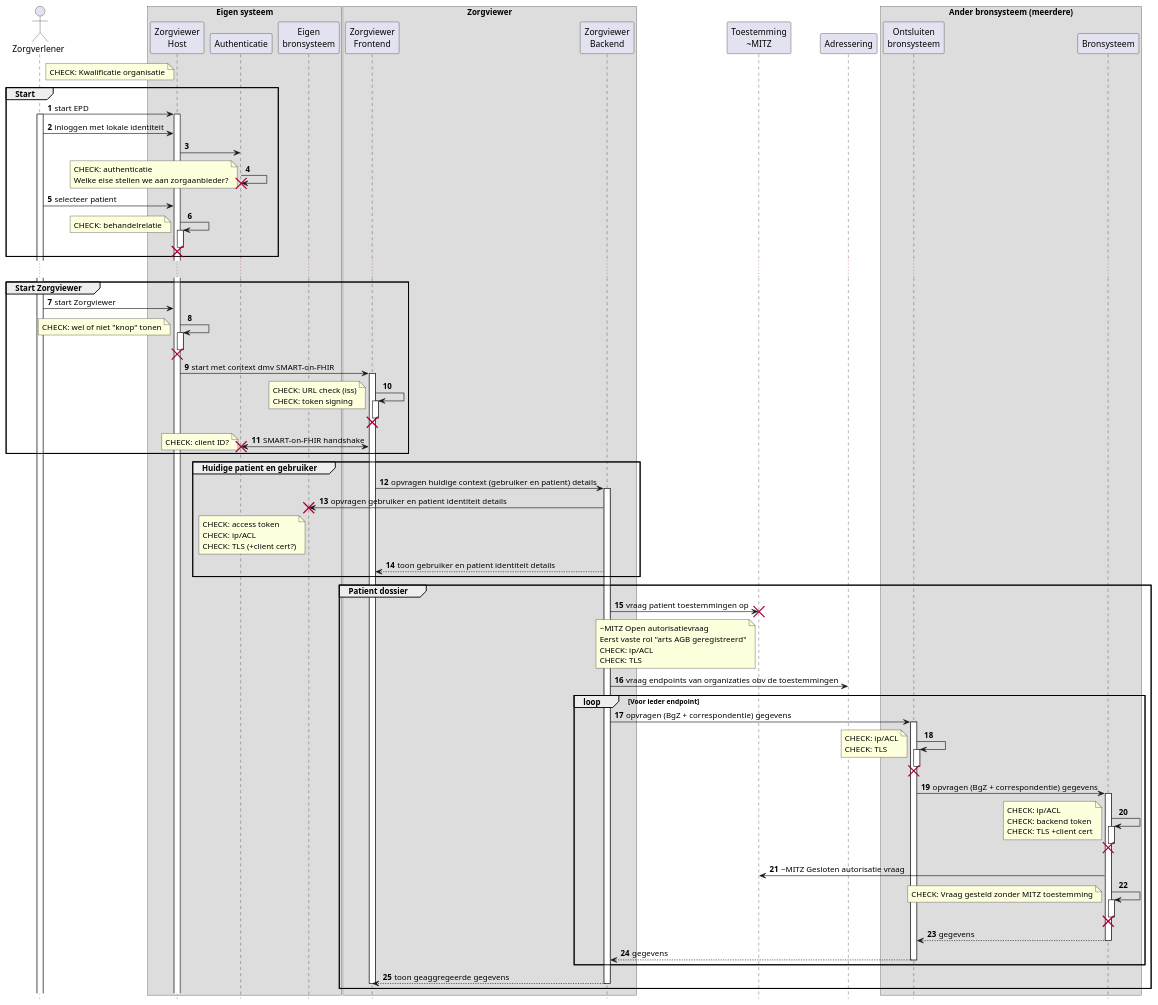
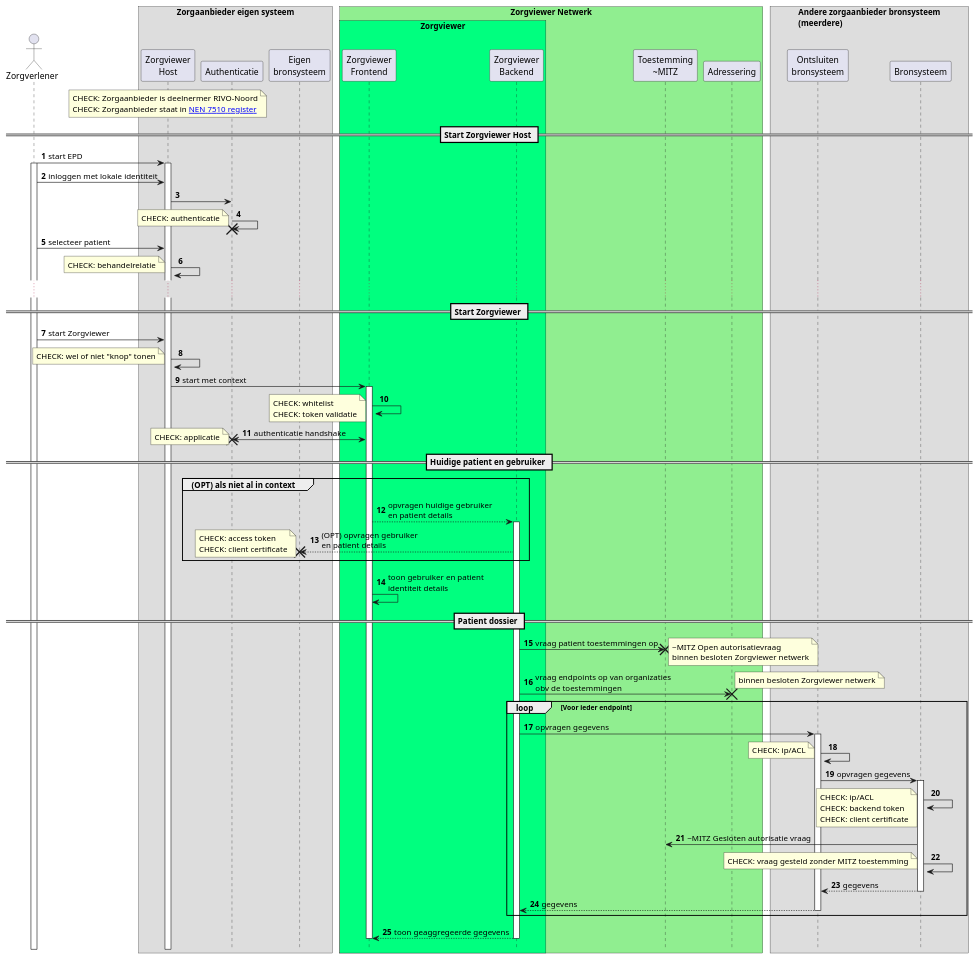
One commit to RIVO-Noord/zorgviewer-ig changed the diagram in input/images-source/Security-Design-seq.plantuml. Above: the diagram before and after it, drawn with PlantUML. The commit also changed 1 other file, not shown here.

Commit message:
Aangepast na gesprek met bouw WG

```diff
--- a/input/images-source/Security-Design-seq.plantuml
+++ b/input/images-source/Security-Design-seq.plantuml
@@ -1,126 +1,134 @@
 @startuml
 hide footbox
 autonumber
 
 actor Zorgverlener
-box "Eigen systeem"
+box "Zorgaanbieder eigen systeem"
   participant "Zorgviewer\nHost" as Host
   participant Authenticatie
   participant "Eigen\nbronsysteem" as EBron
 end box
-box "Zorgviewer"
-  participant "Zorgviewer\nFrontend" as ZVFE
-  participant "Zorgviewer\nBackend" as ZVBE
+
+!pragma teoz true
+box "Zorgviewer Netwerk" #LightGreen
+  box "Zorgviewer" #SpringGreen
+    participant "Zorgviewer\nFrontend" as ZVFE
+    participant "Zorgviewer\nBackend" as ZVBE
+  end box
+  participant "Toestemming\n~MITZ" as Toestemming
+  participant Adressering
 end box
-participant "Toestemming\n~MITZ" as Toestemming
-participant Adressering
-box "Ander bronsysteem (meerdere)"
+
+box "Andere zorgaanbieder bronsysteem\n(meerdere)"
   participant "Ontsluiten\nbronsysteem" as AOBron
   participant "Bronsysteem" as ABron
 end box
 
-note left Host
-  CHECK: Kwalificatie organisatie
+note over Host
+  CHECK: Zorgaanbieder is deelnermer RIVO-Noord
+  CHECK: Zorgaanbieder staat in [[https://www.nen.nl/certificatie-en-keurmerken-nen-7510 NEN 7510 register]]
 end note
 
-group Start
-  Zorgverlener->Host: start EPD
-  activate Zorgverlener
-  activate Host
-  Zorgverlener->Host: inloggen met lokale identiteit
-  Host->Authenticatie
-  Authenticatie->Authenticatie
-  note left
-    CHECK: authenticatie
-    Welke eise stellen we aan zorgaanbieder?
-  end note
-  destroy Authenticatie
-  Zorgverlener->Host: selecteer patient
-  Host->Host++
-  note left
-    CHECK: behandelrelatie
-  end note
-  destroy Host
-end
+== Start Zorgviewer Host ==
+
+Zorgverlener->Host: start EPD
+activate Zorgverlener
+activate Host
+Zorgverlener->Host: inloggen met lokale identiteit
+Host->Authenticatie
+Authenticatie->Authenticatie
+note left
+  CHECK: authenticatie
+end note
+destroy Authenticatie
+Zorgverlener->Host: selecteer patient
+Host->Host++
+note left
+  CHECK: behandelrelatie
+end note
+destroy Host
 
 ...
 
-group Start Zorgviewer
-  Zorgverlener->Host: start Zorgviewer
-  Host->Host++
-  destroy Host
+== Start Zorgviewer ==
+
+Zorgverlener->Host: start Zorgviewer
+Host->Host++
+destroy Host
+note left
+  CHECK: wel of niet "knop" tonen
+end note
+Host->ZVFE: start met context
+activate ZVFE
+ZVFE->ZVFE++
+note left
+  CHECK: whitelist
+  CHECK: token validatie
+end note
+destroy ZVFE
+ZVFE<->Authenticatie: authenticatie handshake
+note left
+  CHECK: applicatie
+end note
+destroy Authenticatie
+
+== Huidige patient en gebruiker ==
+
+group (OPT) als niet al in context
+  ZVFE-->ZVBE: opvragen huidige gebruiker\nen patient details
+  activate ZVBE
+  ZVBE-->EBron: (OPT) opvragen gebruiker\nen patient details
   note left
-    CHECK: wel of niet "knop" tonen
-  end note
-  Host->ZVFE: start met context dmv SMART-on-FHIR
-  activate ZVFE
-  ZVFE->ZVFE++
-  note left
-    CHECK: URL check (iss)
-    CHECK: token signing
-  end note
-  destroy ZVFE
-  ZVFE<->Authenticatie: SMART-on-FHIR handshake
-  note left
-    CHECK: client ID?
-  end note
-  destroy Authenticatie
-end
-
-group Huidige patient en gebruiker
-  ZVFE->ZVBE: opvragen huidige context (gebruiker en patient) details
-  activate ZVBE
-  ZVBE->EBron: opvragen gebruiker en patient identiteit details
-  note left EBron
     CHECK: access token
-    CHECK: ip/ACL
-    CHECK: TLS (+client cert?)
+    CHECK: client certificate
   end note
   destroy EBron
-  ZVBE-->ZVFE: toon gebruiker en patient identiteit details
 end
+ZVFE->ZVFE: toon gebruiker en patient\nidentiteit details
 
-group Patient dossier
-  ZVBE->Toestemming: vraag patient toestemmingen op
-  note left Toestemming
-    ~MITZ Open autorisatievraag
-    Eerst vaste rol "arts AGB geregistreerd"
+== Patient dossier ==
+
+ZVBE->Toestemming: vraag patient toestemmingen op
+note right
+  ~MITZ Open autorisatievraag
+  binnen besloten Zorgviewer netwerk
+end note
+destroy Toestemming
+ZVBE->Adressering: vraag endpoints op van organizaties\nobv de toestemmingen
+note right
+  binnen besloten Zorgviewer netwerk
+end note
+destroy Adressering
+loop Voor ieder endpoint
+  ZVBE->AOBron: opvragen gegevens
+  activate AOBron
+  AOBron->AOBron++
+  note left
     CHECK: ip/ACL
-    CHECK: TLS
   end note
-  destroy Toestemming
-  ZVBE->Adressering: vraag endpoints van organizaties obv de toestemmingen
-  loop Voor ieder endpoint
-    ZVBE->AOBron: opvragen (BgZ + correspondentie) gegevens
-    activate AOBron
-    AOBron->AOBron++
-    note left
-      CHECK: ip/ACL
-      CHECK: TLS
-    end note
-    destroy AOBron
-    AOBron->ABron: opvragen (BgZ + correspondentie) gegevens
-    activate ABron
-    ABron->ABron++
-    note left
-      CHECK: ip/ACL
-      CHECK: backend token
-      CHECK: TLS +client cert
-    end note
-    destroy ABron
-    ABron->Toestemming: ~MITZ Gesloten autorisatie vraag
-    ABron->ABron++
-    note left
-      CHECK: Vraag gesteld zonder MITZ toestemming
-    end note
-    destroy ABron
-    ABron-->AOBron: gegevens
-    deactivate ABron
-    AOBron-->ZVBE: gegevens
-    deactivate AOBron
-  end
-  ZVBE-->ZVFE: toon geaggregeerde gegevens
-  deactivate ZVBE
-  deactivate ZVFE
+  destroy AOBron
+  AOBron->ABron: opvragen gegevens
+  activate ABron
+  ABron->ABron++
+  note left
+    CHECK: ip/ACL
+    CHECK: backend token
+    CHECK: client certificate
+  end note
+  destroy ABron
+  ABron->Toestemming: ~MITZ Gesloten autorisatie vraag
+  ABron->ABron++
+  note left
+    CHECK: vraag gesteld zonder MITZ toestemming
+  end note
+  destroy ABron
+  ABron-->AOBron: gegevens
+  deactivate ABron
+  AOBron-->ZVBE: gegevens
+  deactivate AOBron
 end
+ZVBE-->ZVFE: toon geaggregeerde gegevens
+deactivate ZVBE
+deactivate ZVFE
+
 @enduml
```
